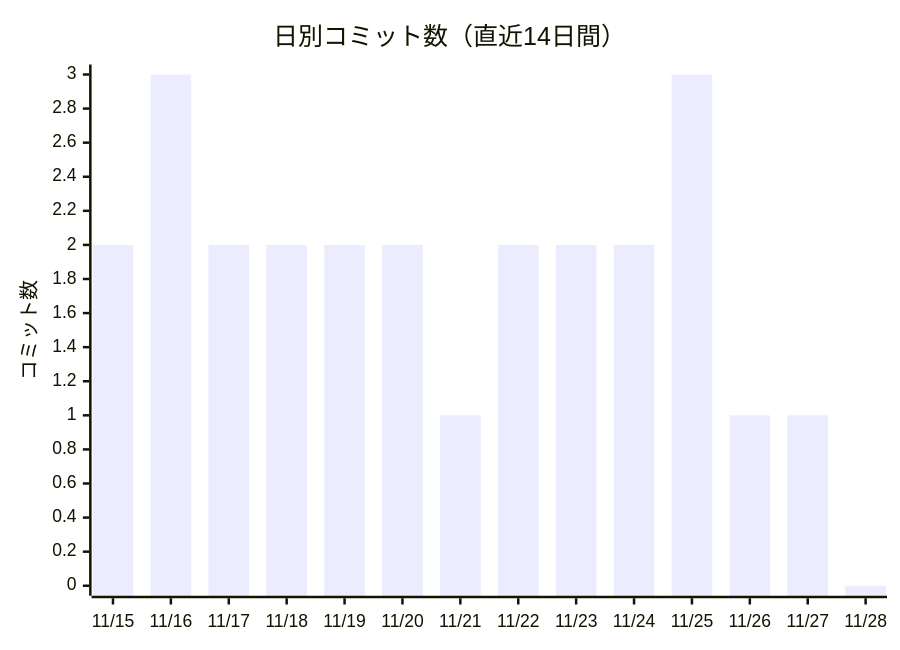
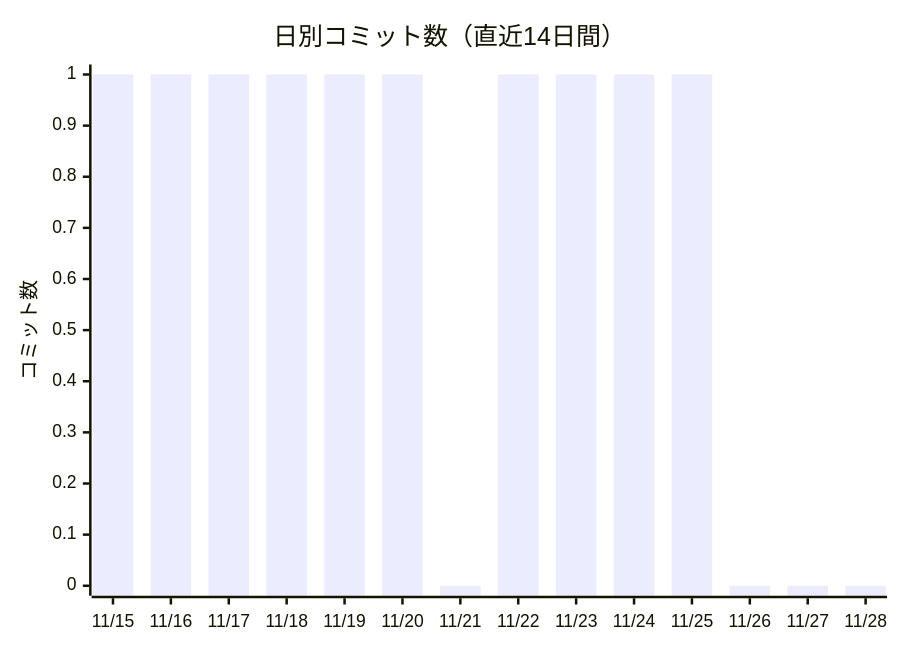
Before and after one commit to non-x2/non-x2: the first of 2 diagrams in docs/進化レポート.md, drawn with Mermaid. The commit also changed other lines of this file and 1 other file, not shown here.

````diff
--- a/docs/進化レポート.md
+++ b/docs/進化レポート.md
@@ -25,7 +25,7 @@
 ```mermaid
 xychart-beta
     title "日別コミット数（直近14日間）"
     x-axis ["11/15", "11/16", "11/17", "11/18", "11/19", "11/20", "11/21", "11/22", "11/23", "11/24", "11/25", "11/26", "11/27", "11/28"]
     y-axis "コミット数"
-    bar [2, 3, 2, 2, 2, 2, 1, 2, 2, 2, 3, 1, 1, 0]
+    bar [1, 1, 1, 1, 1, 1, 0, 1, 1, 1, 1, 0, 0, 0]
 ```
````
